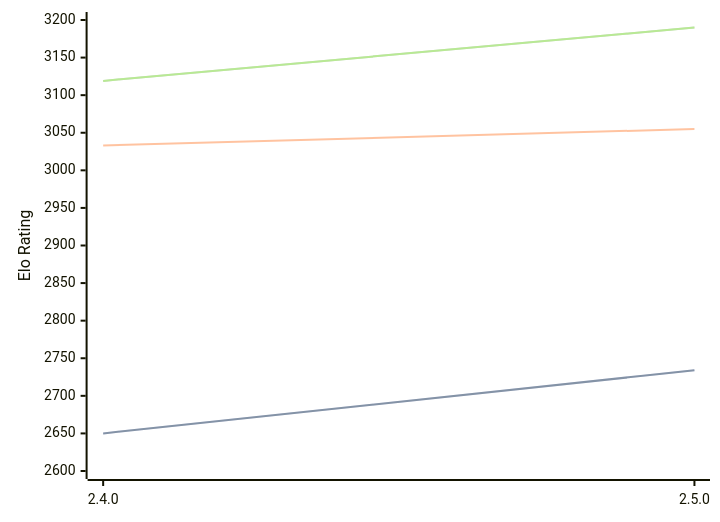
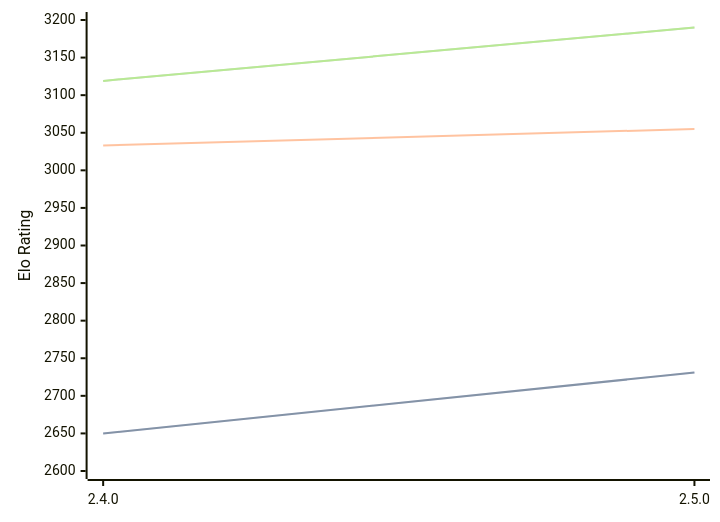
The diagram in engines/Sturddle2.md (computer-chess-index/cci), drawn with Mermaid before and after one commit. The commit also changed other lines of this file, not shown here.

Commit message:
Update CCI Ratings (ELO VLTC) - 2026-04-08

````diff
--- a/engines/Sturddle2.md
+++ b/engines/Sturddle2.md
@@ -37,11 +37,11 @@
 ```mermaid
 %%{init: {"theme":"base","themeVariables":{"seriesColors:['#a3a3a3','#222221','#faa371']}}}%%
 xychart-beta
   x-axis ["2.4.0", "2.5.0"]
   y-axis "Elo Rating" 2600 --> 3200
-  line "STC (8.0+0.08s)" [2650, 2734]
-  line "STC (8.0+0.08s)" [2650, 2734]
+  line "STC (8.0+0.08s)" [2650, 2731]
+  line "STC (8.0+0.08s)" [2650, 2731]
   line "LTC (60.0+0.60s)" [3033, 3055]
   line "VLTC (2m24s+1.12s)" [3119, 3190]
   line "VLTC (2m24s+1.12s)" [3119, 3190]
 ```
````
